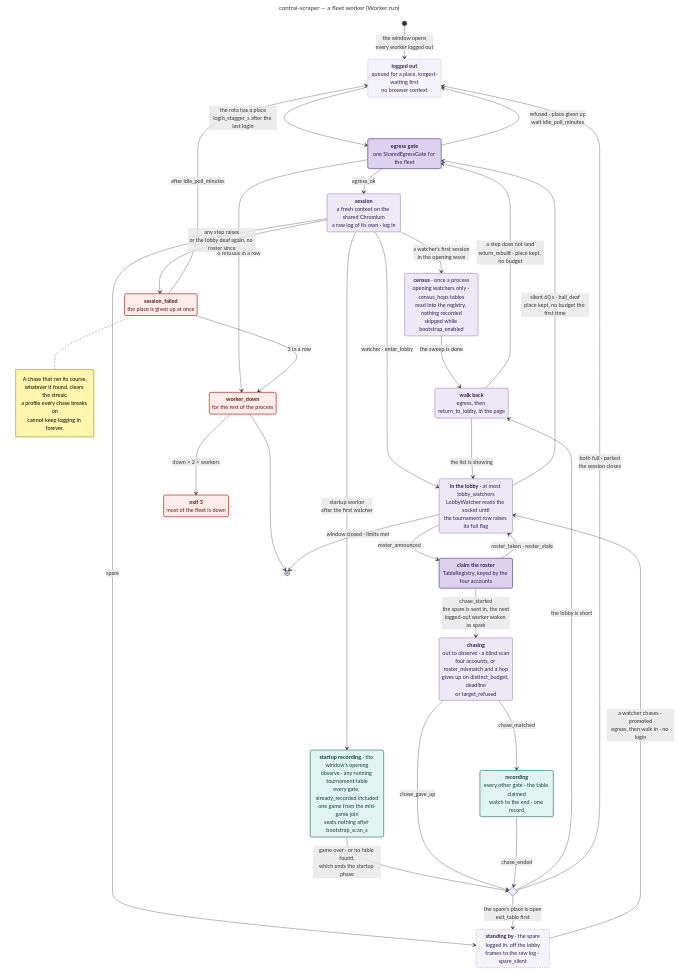
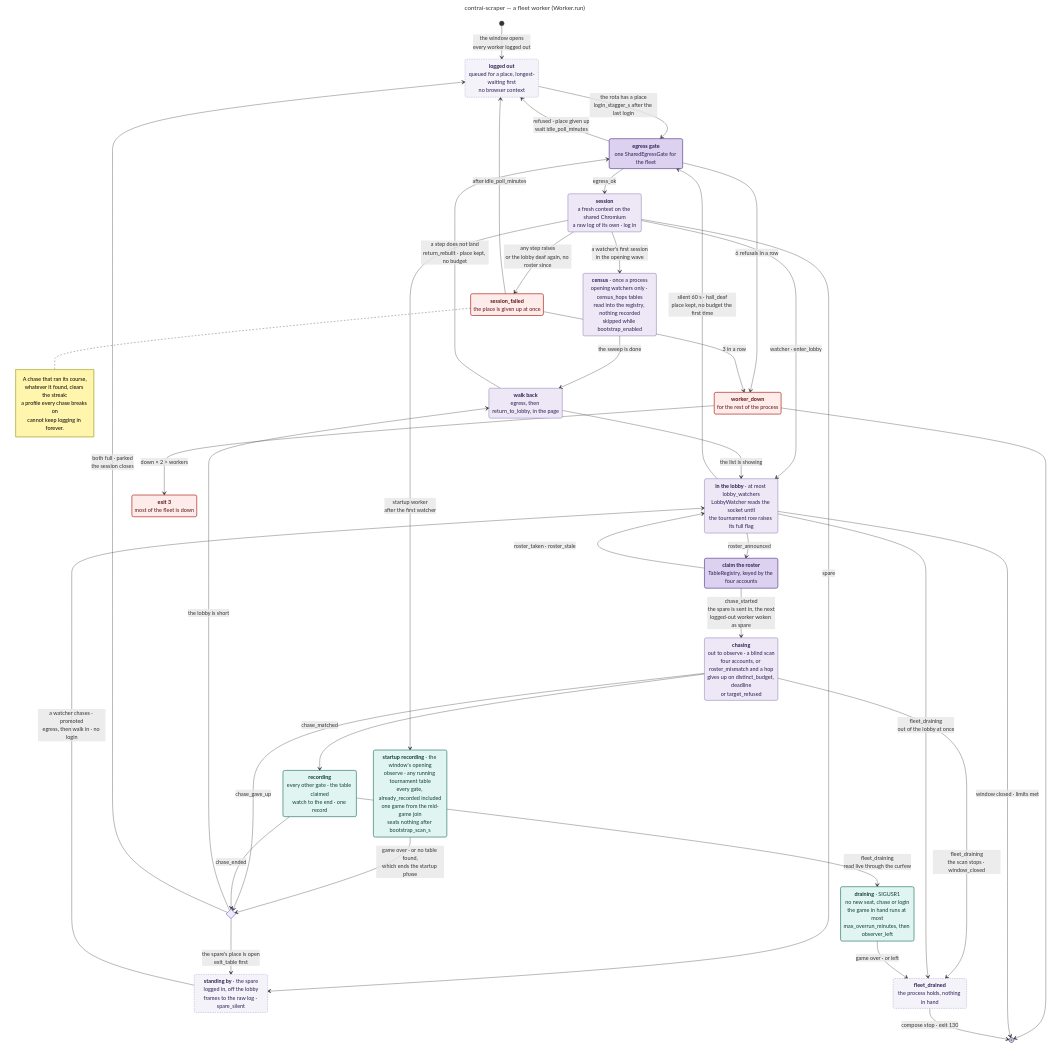
Before and after one commit to valmathieu/ContrAI: the diagram in docs/diagrams/state_scraper_worker.mmd, drawn with Mermaid. The commit also changed 9 other files, not shown here.

First line of the commit message:
feat(scraper): drain a fleet on SIGUSR1, finishing the games in hand

```diff
--- a/docs/diagrams/state_scraper_worker.mmd
+++ b/docs/diagrams/state_scraper_worker.mmd
@@ -1,72 +1,80 @@
 ---
 title: contrai-scraper — a fleet worker (Worker.run)
 ---
 stateDiagram-v2
     direction TB
 
     [*] --> Out : the window opens<br/>every worker logged out
 
     Out : <b>logged out</b><br/>queued for a place, longest-waiting first<br/>no browser context
     Egress : <b>egress gate</b><br/>one SharedEgressGate for the fleet
     Session : <b>session</b><br/>a fresh context on the shared Chromium<br/>a raw log of its own · log in
     Census : <b>census</b> · once a process<br/>opening watchers only · census_hops tables<br/>read into the registry, nothing recorded<br/>skipped while bootstrap_enabled
     Boot : <b>startup recording</b> · the window's opening<br/>observe · any running tournament table<br/>every gate, already_recorded included<br/>one game from the mid-game join<br/>seats nothing after bootstrap_scan_s
     Spare : <b>standing by</b> · the spare<br/>logged in, off the lobby<br/>frames to the raw log · spare_silent
     Hall : <b>in the lobby</b> · at most lobby_watchers<br/>LobbyWatcher reads the socket until<br/>the tournament row raises its full flag
     Claim : <b>claim the roster</b><br/>TableRegistry, keyed by the four accounts
     Chasing : <b>chasing</b><br/>out to observe · a blind scan<br/>four accounts, or roster_mismatch and a hop<br/>gives up on distinct_budget, deadline<br/>or target_refused
     Recording : <b>recording</b><br/>every other gate · the table claimed<br/>watch to the end · one record
     state Done <<choice>>
     Back : <b>walk back</b><br/>egress, then return_to_lobby, in the page
     Failed : <b>session_failed</b><br/>the place is given up at once
     Down : <b>worker_down</b><br/>for the rest of the process
     Handback : <b>exit 3</b><br/>most of the fleet is down
+    Draining : <b>draining</b> · SIGUSR1<br/>no new seat, chase or login<br/>the game in hand runs at most<br/>max_overrun_minutes, then observer_left
+    Drained : <b>fleet_drained</b><br/>the process holds, nothing in hand
 
     Out --> Egress : the rota has a place<br/>login_stagger_s after the last login
     Egress --> Session : egress_ok
     Egress --> Out : refused · place given up<br/>wait idle_poll_minutes
     Egress --> Down : 6 refusals in a row
     Session --> Census : a watcher's first session<br/>in the opening wave
     Session --> Hall : watcher · enter_lobby
     Session --> Spare : spare
     Session --> Boot : startup worker<br/>after the first watcher
     Boot --> Done : game over · or no table found,<br/>which ends the startup phase
     Census --> Back : the sweep is done
     Spare --> Hall : a watcher chases · promoted<br/>egress, then walk in · no login
     Hall --> Claim : roster_announced
     Claim --> Hall : roster_taken · roster_stale
     Claim --> Chasing : chase_started<br/>the spare is sent in, the next<br/>logged-out worker woken as spare
     Chasing --> Recording : chase_matched
     Chasing --> Done : chase_gave_up
     Recording --> Done : chase_ended
     Done --> Back : the lobby is short
     Done --> Spare : the spare's place is open<br/>exit_table first
     Done --> Out : both full · parked<br/>the session closes
     Back --> Hall : the list is showing
     Back --> Egress : a step does not land<br/>return_rebuilt · place kept, no budget
     Hall --> Egress : silent 60 s · hall_deaf<br/>place kept, no budget the first time
     Session --> Failed : any step raises<br/>or the lobby deaf again, no roster since
     Failed --> Out : after idle_poll_minutes
     Failed --> Down : 3 in a row
     Down --> Handback : down × 2 > workers
     Down --> [*]
     Hall --> [*] : window closed · limits met
+    Recording --> Draining : fleet_draining<br/>read live through the curfew
+    Chasing --> Drained : fleet_draining<br/>the scan stops · window_closed
+    Hall --> Drained : fleet_draining<br/>out of the lobby at once
+    Draining --> Drained : game over · or left
+    Drained --> [*] : compose stop · exit 130
 
     note right of Failed
         A chase that ran its course,
         whatever it found, clears the streak:
         a profile every chase breaks on
         cannot keep logging in forever.
     end note
 
     classDef gate fill:#DCD2F0,stroke:#5E4495,stroke-width:2px,color:#2E1F52
     classDef work fill:#EDE7F6,stroke:#5E4495,stroke-width:1px,color:#2E1F52
     classDef idle fill:#F5F3FA,stroke:#8E7CB8,stroke-width:1px,color:#2E1F52,stroke-dasharray:4 3
     classDef record fill:#E0F5F2,stroke:#2E7D6F,stroke-width:2px,color:#123E36
     classDef fault fill:#FDECEA,stroke:#B3261E,stroke-width:2px,color:#5F1410
 
     class Egress,Claim gate
     class Session,Census,Hall,Chasing,Back work
     class Out,Spare idle
-    class Recording,Boot record
+    class Recording,Boot,Draining record
+    class Drained idle
     class Failed,Down,Handback fault
```
